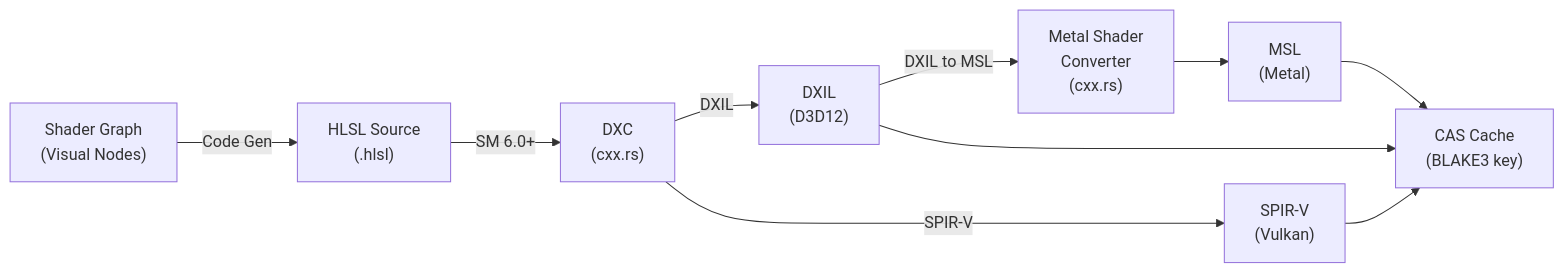
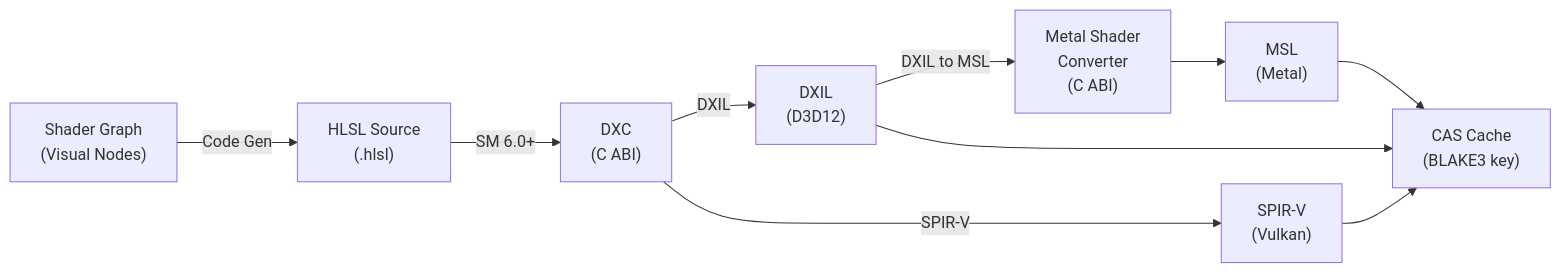
The second of 8 diagrams in docs/design/content-pipeline/processing.md (harmonius-dev/harmonius), drawn with Mermaid before and after one commit. The commit also changed other lines of this file and 65 other files, not shown here.

First line of the commit message:
Replace cxx.rs with C ABI FFI across all docs

````diff
--- a/docs/design/content-pipeline/processing.md
+++ b/docs/design/content-pipeline/processing.md
@@ -169,21 +169,21 @@
 ```mermaid
 flowchart LR
     SG["Shader Graph\n(Visual Nodes)"]
     HLSL["HLSL Source\n(.hlsl)"]
-    DXC_D["DXC\n(cxx.rs)"]
+    DXC_D["DXC\n(C ABI)"]
     DXIL["DXIL\n(D3D12)"]
     SPIRV["SPIR-V\n(Vulkan)"]
-    MSC["Metal Shader\nConverter\n(cxx.rs)"]
+    MSC["Metal Shader\nConverter\n(C ABI)"]
     MSL["MSL\n(Metal)"]
     CACHE["CAS Cache\n(BLAKE3 key)"]
 
     SG -->|"Code Gen"| HLSL
     HLSL -->|"SM 6.0+"| DXC_D
     DXC_D -->|"DXIL"| DXIL
     DXC_D -->|"SPIR-V"| SPIRV
     DXIL -->|"DXIL to MSL"| MSC
     MSC --> MSL
     DXIL --> CACHE
     SPIRV --> CACHE
     MSL --> CACHE
 ```
````
